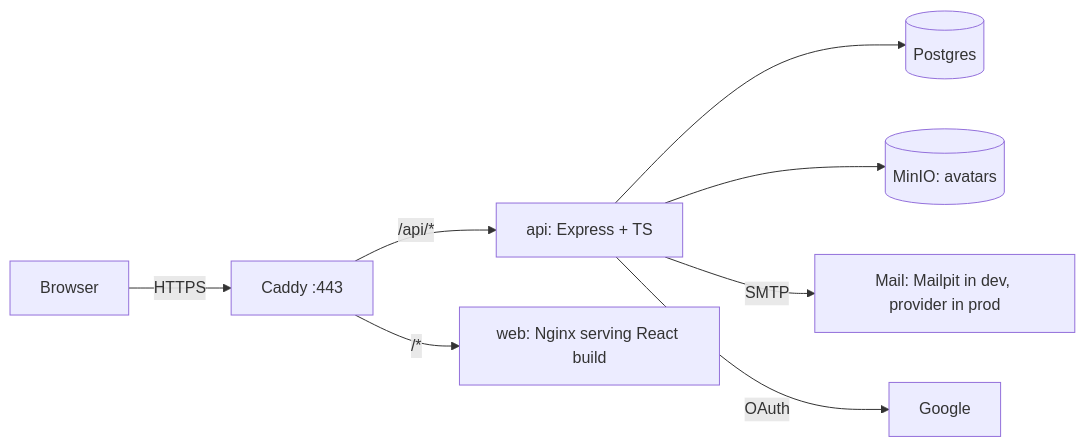
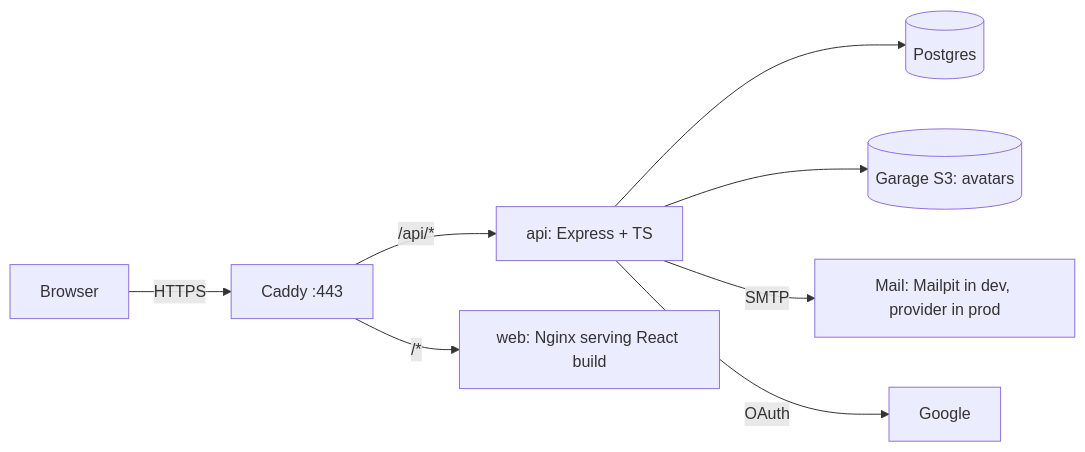
The diagram in docs/MASTER_PLAN.md (Abdelrahman-Elshafey/UrConnection), drawn with Mermaid before and after one commit. The commit also changed other lines of this file and 35 other files, not shown here.

First line of the commit message:
feat: avatars on our API with S3 storage in Garage (Stage 10)

````diff
--- a/docs/MASTER_PLAN.md
+++ b/docs/MASTER_PLAN.md
@@ -41,10 +41,10 @@
 ```mermaid
 flowchart LR
   B[Browser] -->|HTTPS| C[Caddy :443]
   C -->|/api/*| A[api: Express + TS]
   C -->|/*| W[web: Nginx serving React build]
   A --> P[(Postgres)]
-  A --> M[(MinIO: avatars)]
+  A --> M[(Garage S3: avatars)]
   A -->|SMTP| E[Mail: Mailpit in dev, provider in prod]
   A -->|OAuth| G[Google]
 ```
````
